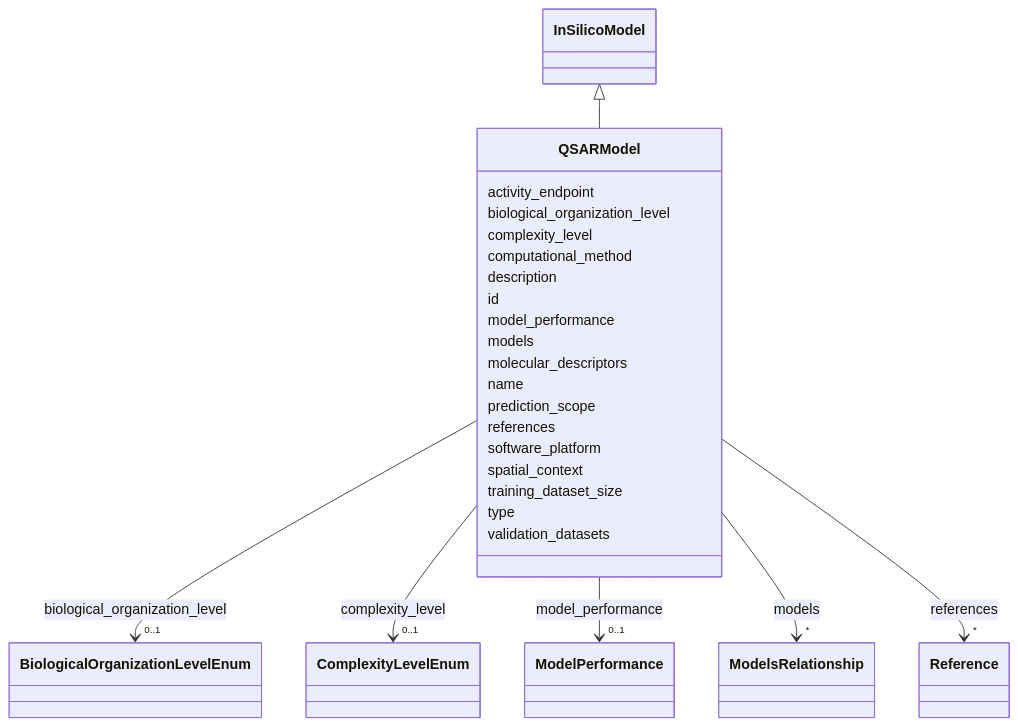
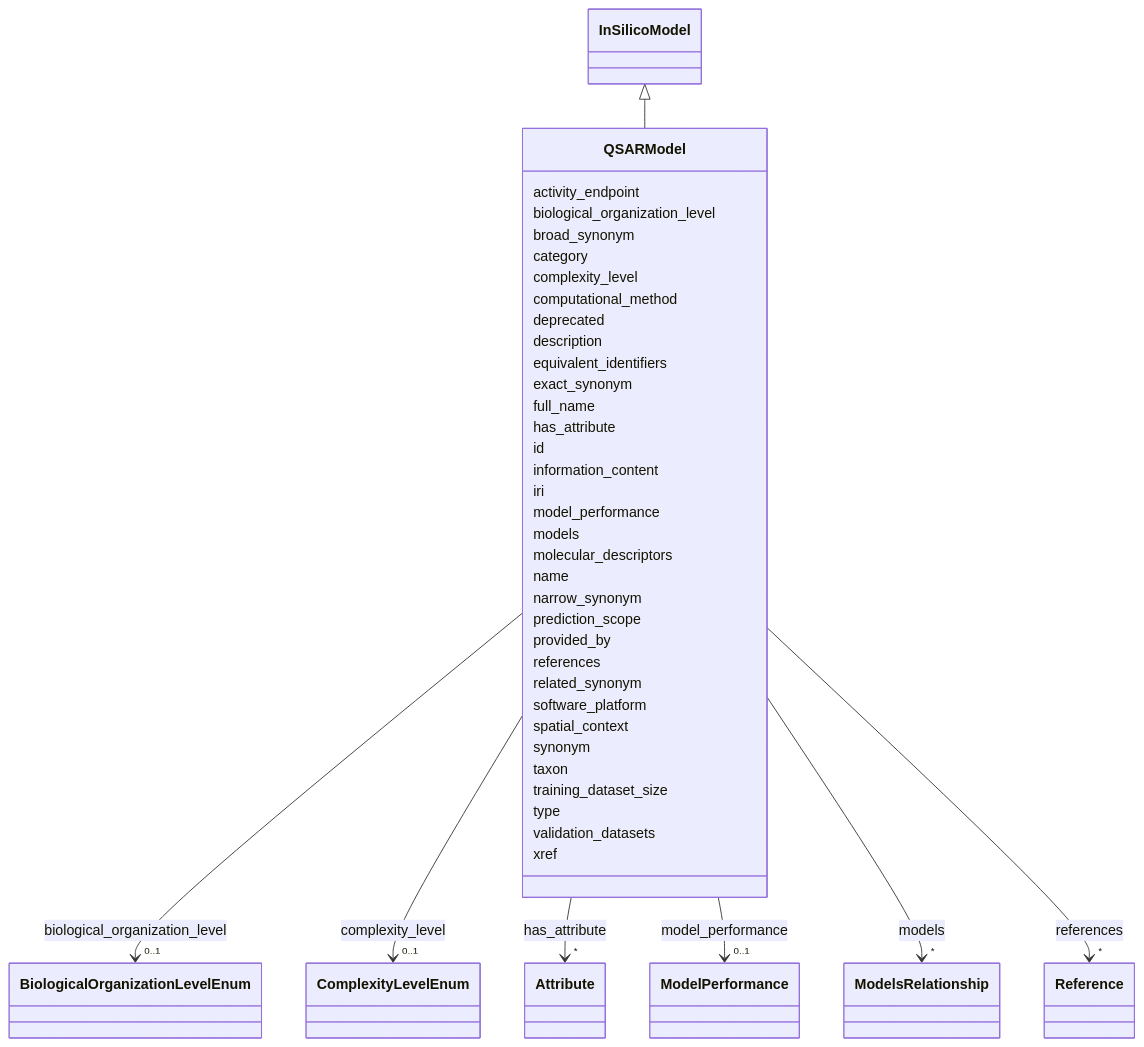
Before and after one commit to monarch-initiative/namo: the diagram in docs/elements/QSARModel.md, drawn with Mermaid. The commit also changed other lines of this file and 1232 other files, not shown here.

````diff
--- a/docs/elements/QSARModel.md
+++ b/docs/elements/QSARModel.md
@@ -35,6 +40,10 @@
     
 
         
+      QSARModel : broad_synonym
+        
+      QSARModel : category
+        
       QSARModel : complexity_level
         
           
@@ -48,9 +57,32 @@
         
       QSARModel : computational_method
         
+      QSARModel : deprecated
+        
       QSARModel : description
         
+      QSARModel : equivalent_identifiers
+        
+      QSARModel : exact_synonym
+        
+      QSARModel : full_name
+        
+      QSARModel : has_attribute
+        
+          
+    
+        
+        
+        QSARModel --> "*" Attribute : has_attribute
+        click Attribute href "../Attribute/"
+    
+
+        
       QSARModel : id
+        
+      QSARModel : information_content
+        
+      QSARModel : iri
         
       QSARModel : model_performance
         
@@ -78,7 +110,11 @@
         
       QSARModel : name
         
+      QSARModel : narrow_synonym
+        
       QSARModel : prediction_scope
+        
+      QSARModel : provided_by
         
       QSARModel : references
         
@@ -91,9 +127,15 @@
     
 
         
+      QSARModel : related_synonym
+        
       QSARModel : software_platform
         
       QSARModel : spatial_context
+        
+      QSARModel : synonym
+        
+      QSARModel : taxon
         
       QSARModel : training_dataset_size
         
@@ -101,5 +143,7 @@
         
       QSARModel : validation_datasets
         
+      QSARModel : xref
+        
       
 ```
````
